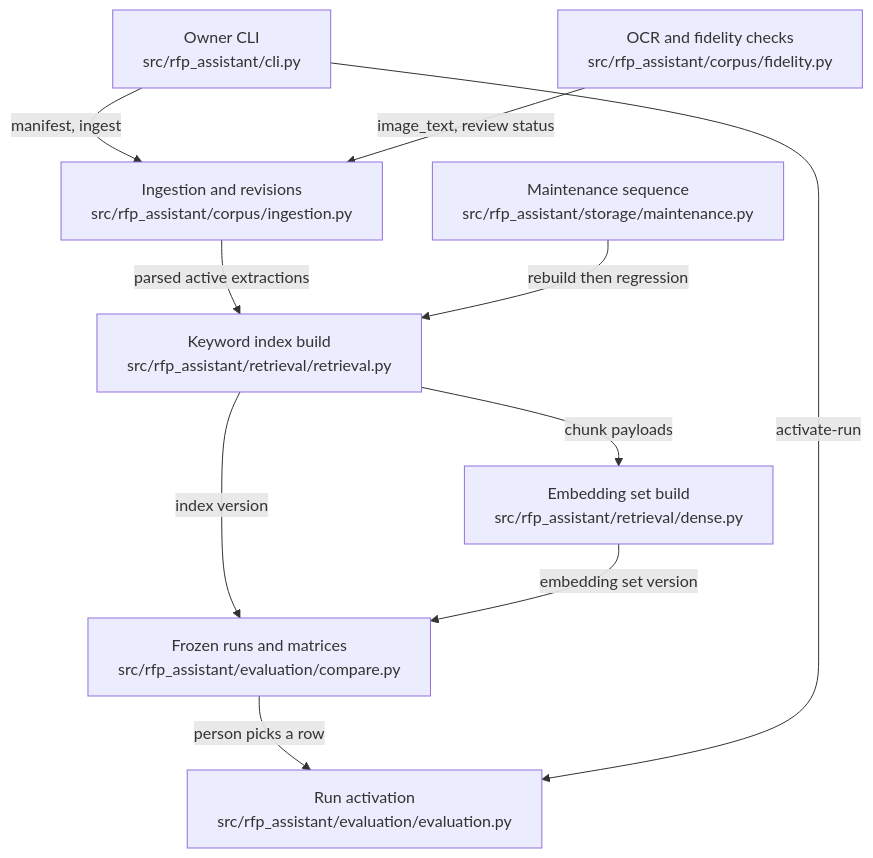
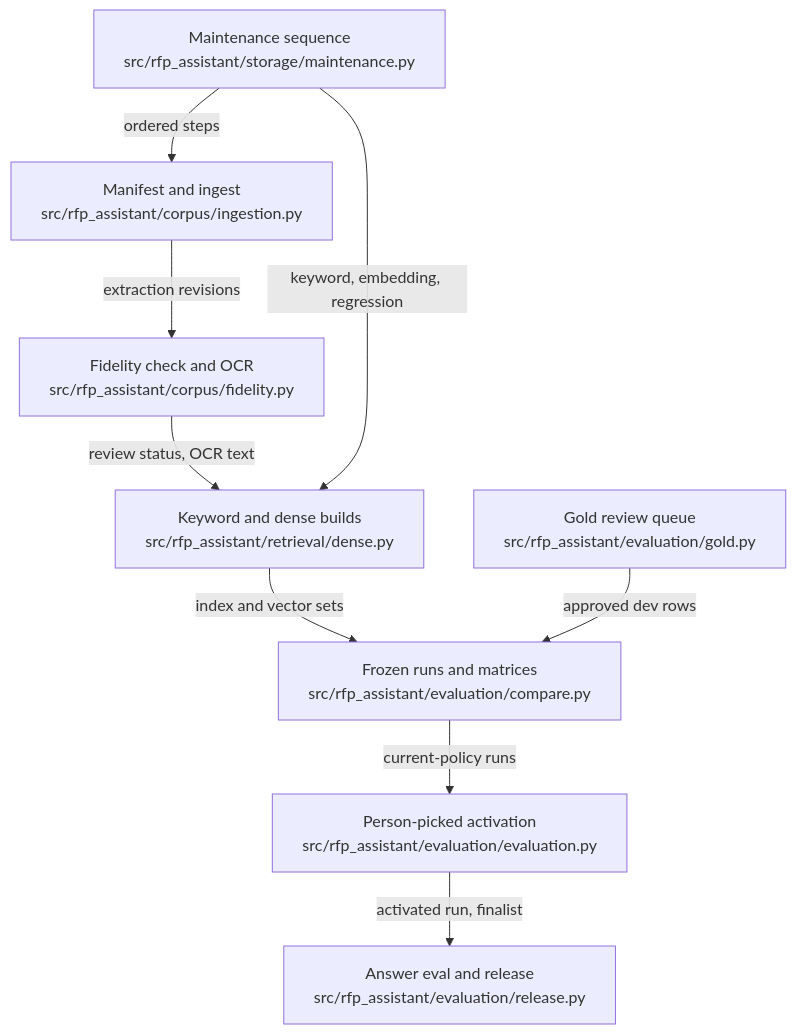
One commit to littleeeeebit/project-codeit-mid changed the diagram in .omm/overall-architecture/offline-pipelines/diagram.mmd. Above: the diagram before and after it, drawn with Mermaid. The commit also changed 359 other files, not shown here.

```diff
--- a/.omm/overall-architecture/offline-pipelines/diagram.mmd
+++ b/.omm/overall-architecture/offline-pipelines/diagram.mmd
@@ -1,18 +1,17 @@
 graph TD
-  cli["Owner CLI\nsrc/rfp_assistant/cli.py"]
-  ingestion["Ingestion and revisions\nsrc/rfp_assistant/corpus/ingestion.py"]
-  fidelity["OCR and fidelity checks\nsrc/rfp_assistant/corpus/fidelity.py"]
-  keyword-build["Keyword index build\nsrc/rfp_assistant/retrieval/retrieval.py"]
-  dense-build["Embedding set build\nsrc/rfp_assistant/retrieval/dense.py"]
-  runs["Frozen runs and matrices\nsrc/rfp_assistant/evaluation/compare.py"]
-  activation["Run activation\nsrc/rfp_assistant/evaluation/evaluation.py"]
-  maintenance["Maintenance sequence\nsrc/rfp_assistant/storage/maintenance.py"]
-  cli -->|"manifest, ingest"| ingestion
-  fidelity -->|"image_text, review status"| ingestion
-  ingestion -->|"parsed active extractions"| keyword-build
-  keyword-build -->|"chunk payloads"| dense-build
-  keyword-build -->|"index version"| runs
-  dense-build -->|"embedding set version"| runs
-  runs -->|"person picks a row"| activation
-  cli -->|"activate-run"| activation
-  maintenance -->|"rebuild then regression"| keyword-build
+  manifest-ingest["Manifest and ingest\nsrc/rfp_assistant/corpus/ingestion.py"]
+  fidelity-ocr["Fidelity check and OCR\nsrc/rfp_assistant/corpus/fidelity.py"]
+  index-build["Keyword and dense builds\nsrc/rfp_assistant/retrieval/dense.py"]
+  retrieval-evaluation["Frozen runs and matrices\nsrc/rfp_assistant/evaluation/compare.py"]
+  activation["Person-picked activation\nsrc/rfp_assistant/evaluation/evaluation.py"]
+  gold-queue["Gold review queue\nsrc/rfp_assistant/evaluation/gold.py"]
+  answer-release["Answer eval and release\nsrc/rfp_assistant/evaluation/release.py"]
+  maintenance-sequence["Maintenance sequence\nsrc/rfp_assistant/storage/maintenance.py"]
+  manifest-ingest -->|"extraction revisions"| fidelity-ocr
+  fidelity-ocr -->|"review status, OCR text"| index-build
+  index-build -->|"index and vector sets"| retrieval-evaluation
+  gold-queue -->|"approved dev rows"| retrieval-evaluation
+  retrieval-evaluation -->|"current-policy runs"| activation
+  activation -->|"activated run, finalist"| answer-release
+  maintenance-sequence -->|"ordered steps"| manifest-ingest
+  maintenance-sequence -->|"keyword, embedding, regression"| index-build
```
